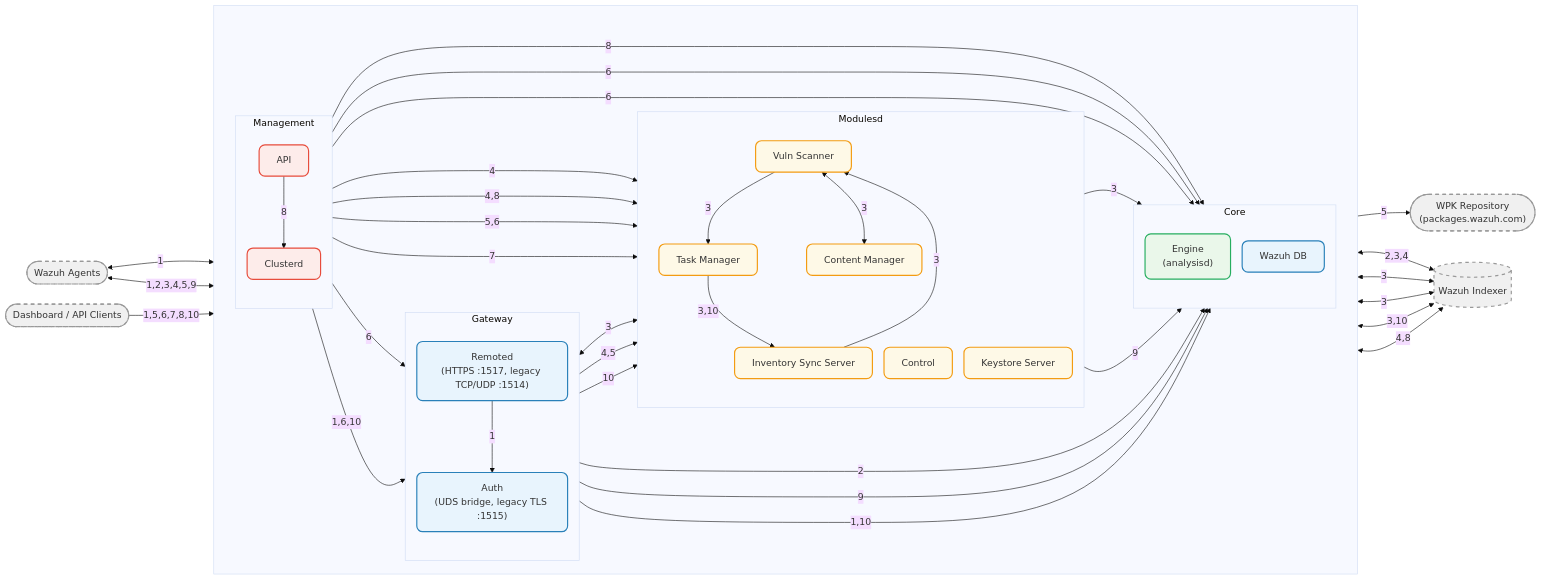
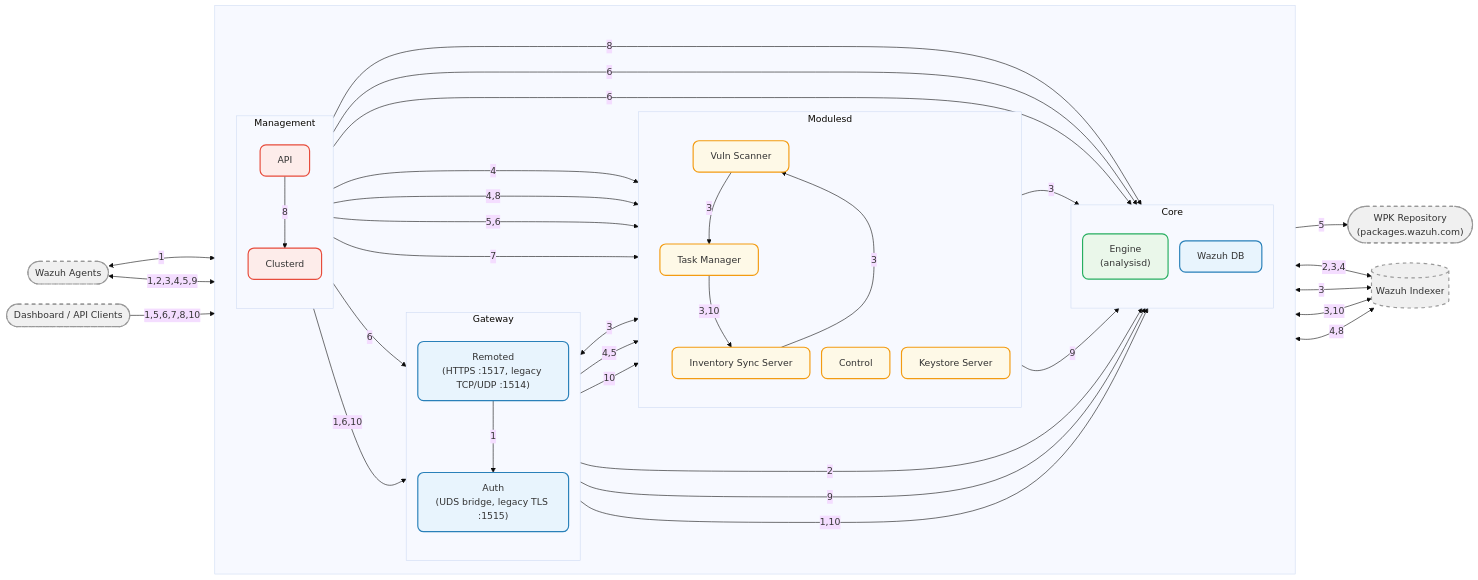
One commit to wazuh/wazuh changed the diagram in docs/ref/architecture.md. Above: the diagram before and after it, drawn with Mermaid (base theme). The commit also changed other lines of this file and 172 other files, not shown here.

Commit message:
feat: unify content manager across all manager

```diff
--- a/docs/ref/architecture.md
+++ b/docs/ref/architecture.md
@@ -43,7 +43,6 @@
   subgraph modulesd["Modulesd"]
     direction TB
     vs["Vuln Scanner"]:::m
-    cm["Content Manager"]:::m
     is["Inventory Sync Server"]:::m
     tm["Task Manager"]:::m
     ctrl["Control"]:::m
@@ -86,9 +85,6 @@
 %% The WPK download for an upgrade request: modulesd's only connection outside the deployment
 tm -->|5| wpk
 
-%% CVE feed downloads: VD registers a provider, Content Manager pages the feed back to it
-vs <-->|3| cm
-
 %% Modulesd ↔ Gateway (UDS relay: POST /stateful → queue/sockets/inventory-sync-http.sock)
 remoted <-->|3| is
 
@@ -101,7 +97,6 @@
 %% Core / Modulesd → Indexer
 engine <-->|2,3,4| indexer
 vs <-->|3| indexer
-cm <-->|3| indexer
 is <-->|3,10| indexer
 clusterd <-->|4,8| indexer
 clusterd -->|8| wdb
```
